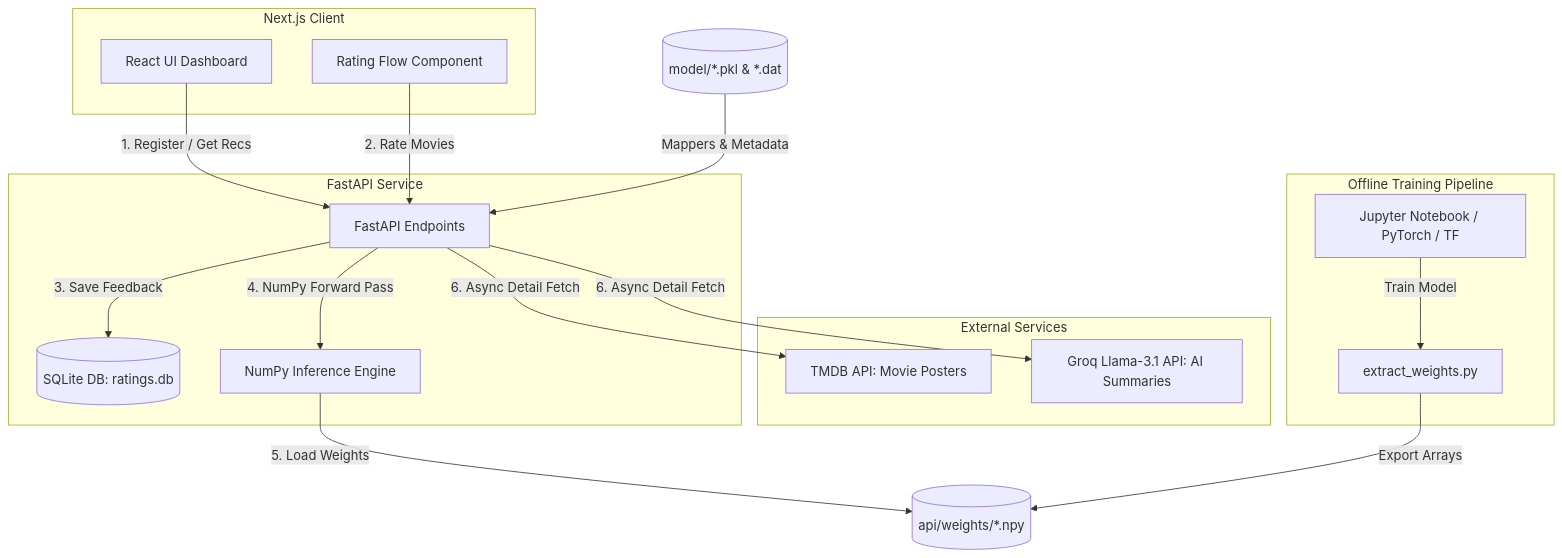
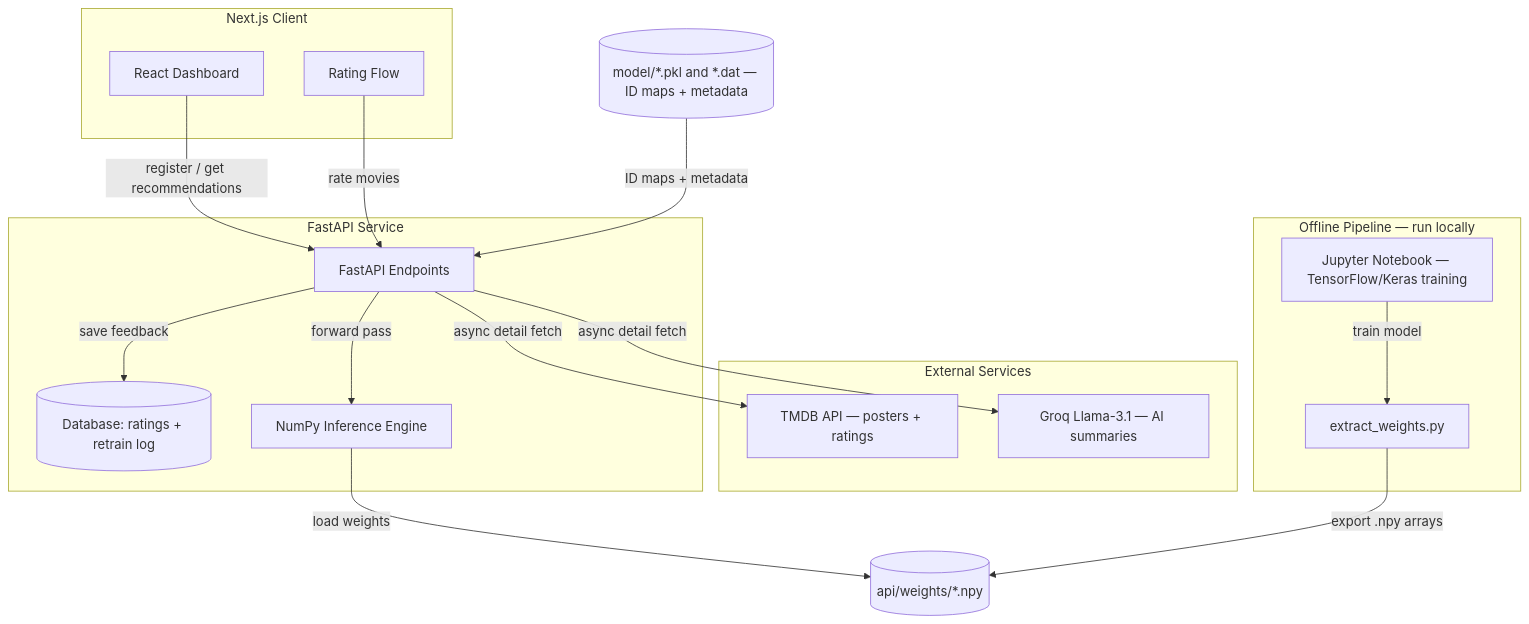
Before and after one commit to Sandhivigrahika/NCF_Recommender: the diagram in TECHNICAL_DOCUMENTATION.md, drawn with Mermaid. The commit also changed other lines of this file and 1 other file, not shown here.

````diff
--- a/TECHNICAL_DOCUMENTATION.md
+++ b/TECHNICAL_DOCUMENTATION.md
@@ -15,45 +20,38 @@
 ```mermaid
 graph TD
-    %% Frontend Client
     subgraph Frontend [Next.js Client]
-        UI[React UI Dashboard]
-        RF[Rating Flow Component]
+        UI[React Dashboard]
+        RF[Rating Flow]
     end
 
-    %% FastAPI Service
     subgraph Backend [FastAPI Service]
         API[FastAPI Endpoints]
-        DB[(SQLite DB: ratings.db)]
+        DB[(Database: ratings + retrain log)]
         NP[NumPy Inference Engine]
     end
 
-    %% External APIs
     subgraph External [External Services]
-        TMDB[TMDB API: Movie Posters]
-        Groq[Groq Llama-3.1 API: AI Summaries]
+        TMDB[TMDB API — posters + ratings]
+        Groq[Groq Llama-3.1 — AI summaries]
     end
 
-    %% Offline Pipeline
-    subgraph Offline [Offline Training Pipeline]
-        Notebook[Jupyter Notebook / PyTorch / TF]
+    subgraph Offline [Offline Pipeline — run locally]
+        Notebook[Jupyter Notebook — TensorFlow/Keras training]
         Extract[extract_weights.py]
     end
 
-    %% Mappings & Weights
     Weights[(api/weights/*.npy)]
-    DataFiles[(model/*.pkl & *.dat)]
+    DataFiles[(model/*.pkl and *.dat — ID maps + metadata)]
 
-    %% Connections
-    UI -->|1. Register / Get Recs| API
-    RF -->|2. Rate Movies| API
-    API -->|3. Save Feedback| DB
-    API -->|4. NumPy Forward Pass| NP
-    NP -->|5. Load Weights| Weights
-    API -->|6. Async Detail Fetch| TMDB
-    API -->|6. Async Detail Fetch| Groq
-    
-    %% Training flow
-    Notebook -->|Train Model| Extract
-    Extract -->|Export Arrays| Weights
-    DataFiles -->|Mappers & Metadata| API
+    UI -->|register / get recommendations| API
+    RF -->|rate movies| API
+    API -->|save feedback| DB
+    API -->|forward pass| NP
+    NP -->|load weights| Weights
+    API -->|async detail fetch| TMDB
+    API -->|async detail fetch| Groq
+
+    Notebook -->|train model| Extract
+    Extract -->|export .npy arrays| Weights
+    DataFiles -->|ID maps + metadata| API
 ```
````
